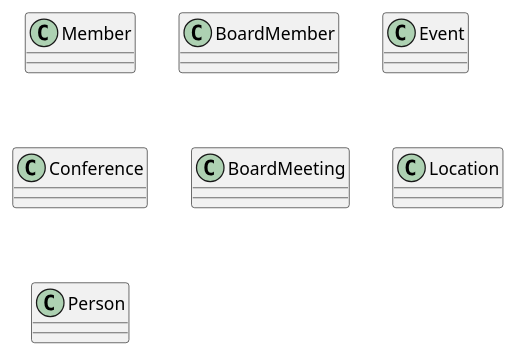
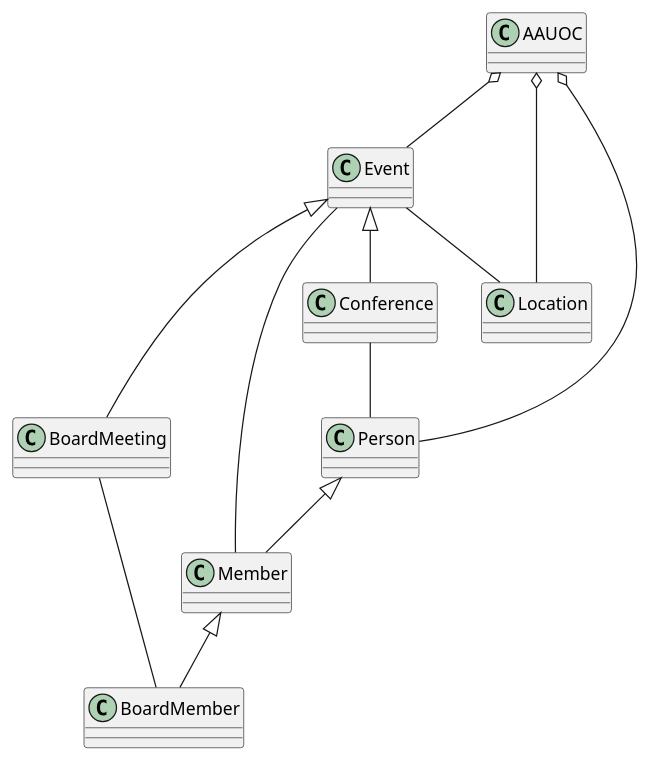
The diagram in src/UML.puml (raulico661/UMLClasesRaul), drawn with PlantUML before and after one commit. The commit also changed 1 other file, not shown here.

```diff
--- a/src/UML.puml
+++ b/src/UML.puml
@@ -1,16 +1,25 @@
 @startuml
 class Member
-
 class BoardMember
-
 class Event
-
 class Conference
-
 class BoardMeeting
-
 class Location
-
 class Person
 
+Event <|-- Conference
+Event <|-- BoardMeeting
+
+Person <|-- Member
+Member <|-- BoardMember
+
+AAUOC o-- Person
+AAUOC o-- Event
+AAUOC o-- Location
+
+Event -- Location
+Event -- Member
+Conference -- Person
+BoardMeeting -- BoardMember
+
 @enduml
```
